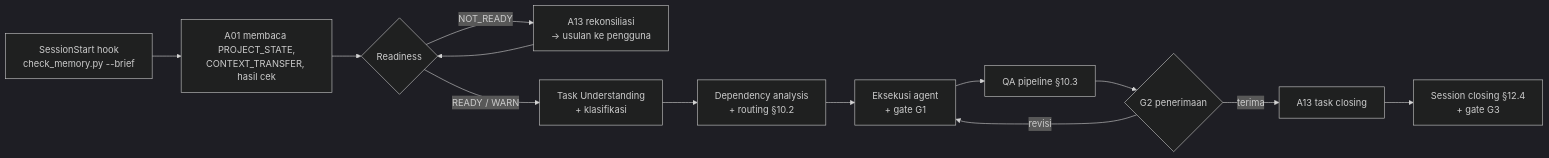
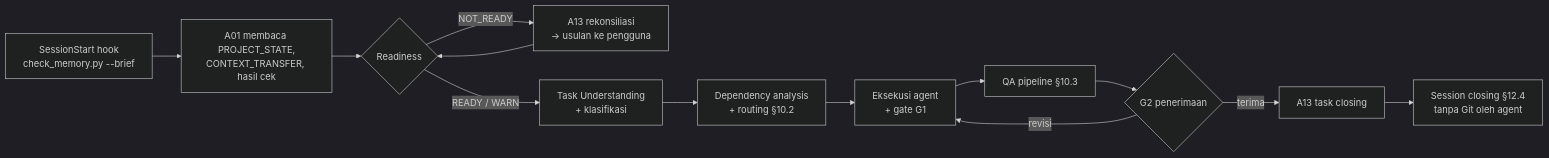
Before and after one commit to danenftyessir/project-proposal: the fourth of 5 diagrams in docs/ORCHESTRATION_ARCHITECTURE.md, drawn with Mermaid (dark theme). The commit also changed other lines of this file and 55 other files, not shown here.

````diff
--- a/docs/ORCHESTRATION_ARCHITECTURE.md
+++ b/docs/ORCHESTRATION_ARCHITECTURE.md
@@ -572,15 +573,15 @@
 ```mermaid
 flowchart LR
     S0[SessionStart hook<br/>check_memory.py --brief] --> S1[A01 membaca PROJECT_STATE,<br/>CONTEXT_TRANSFER, hasil cek]
     S1 --> R{Readiness}
     R -- NOT_READY --> M1[A13 rekonsiliasi<br/>→ usulan ke pengguna]
     M1 --> R
     R -- READY / WARN --> T[Task Understanding<br/>+ klasifikasi]
     T --> D[Dependency analysis<br/>+ routing §10.2]
     D --> W[Eksekusi agent<br/>+ gate G1]
     W --> QA[QA pipeline §10.3]
     QA --> G2{G2 penerimaan}
     G2 -- terima --> C[A13 task closing]
     G2 -- revisi --> W
-    C --> E[Session closing §12.4<br/>+ gate G3]
+    C --> E[Session closing §12.4<br/>tanpa Git oleh agent]
 ```
````
